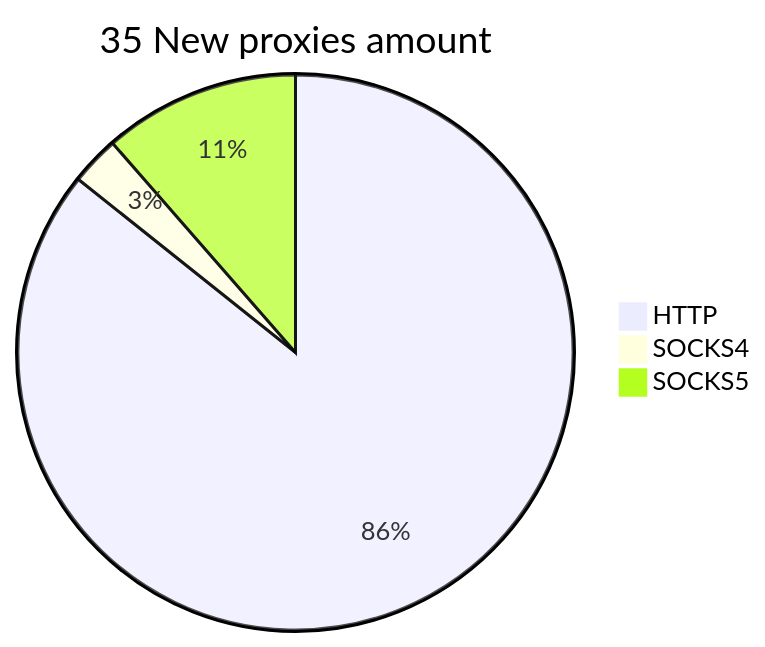
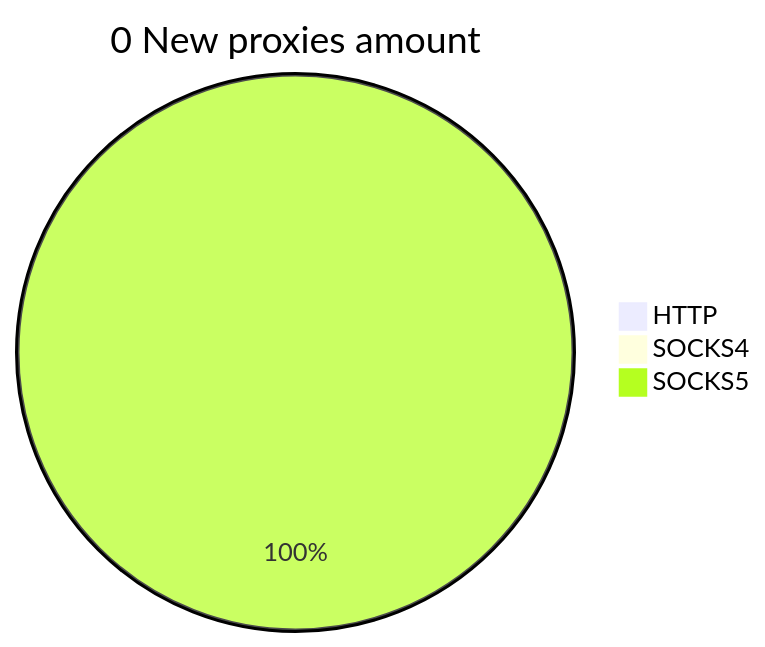
Before and after one commit to cutipu/proxylist: the second of 2 diagrams in README.md, drawn with Mermaid. The commit also changed other lines of this file, not shown here.

````diff
--- a/README.md
+++ b/README.md
@@ -10,6 +10,6 @@
 ```mermaid
-pie title 35 New proxies amount
-    "HTTP" : 30
-    "SOCKS4" : 1
-    "SOCKS5" : 4
+pie title 0 New proxies amount
+    "HTTP" : 0
+    "SOCKS4" : 0
+    "SOCKS5" : 1
 ```
````
